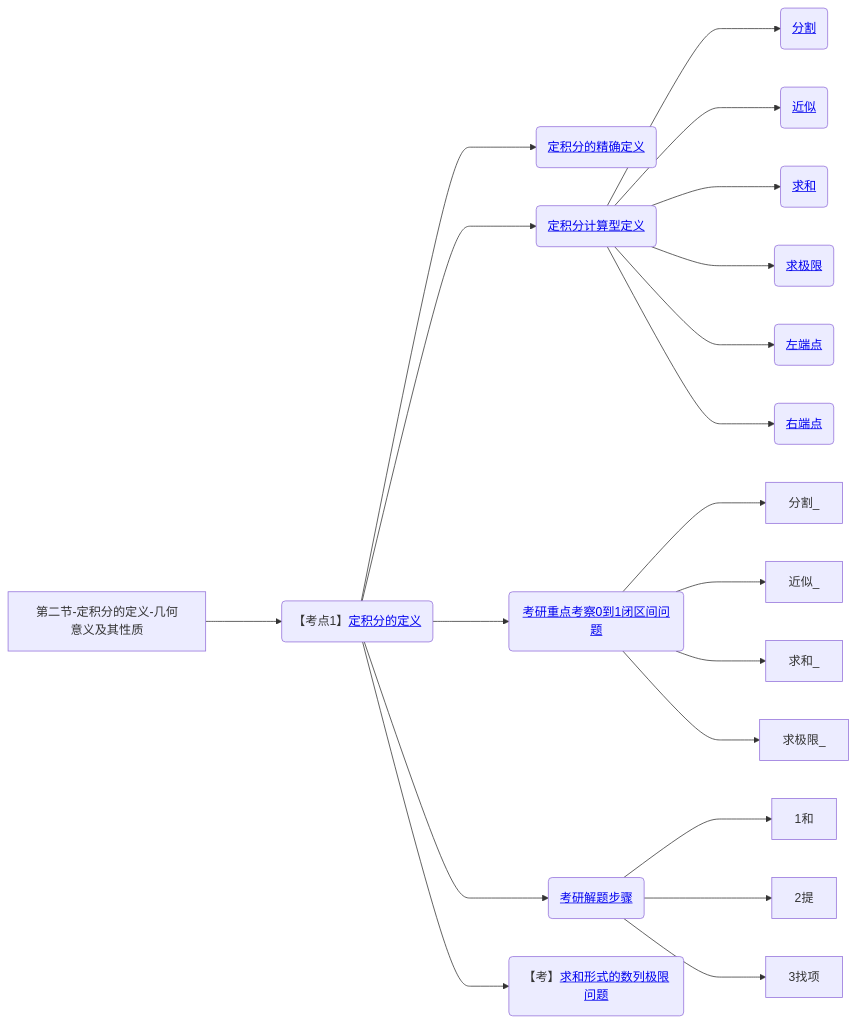
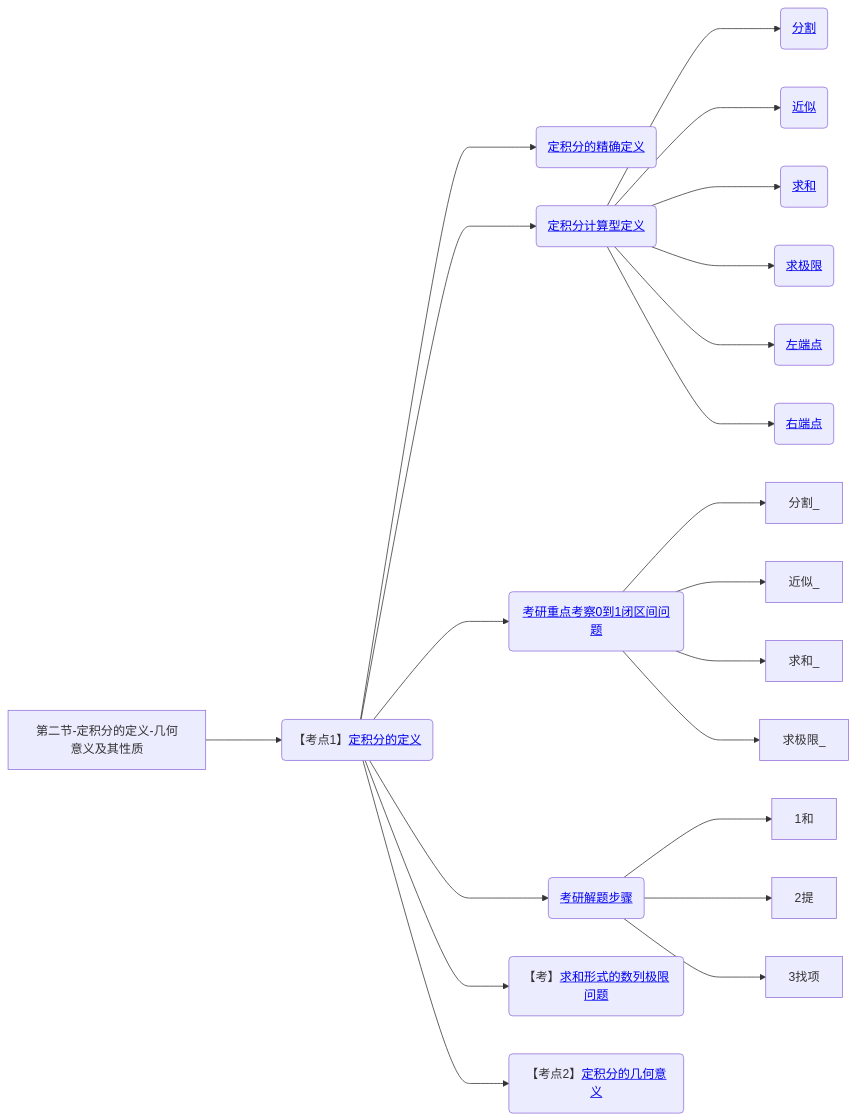
Before and after one commit to yuebinghui/note: diagram 19 of 19 in 笔记/数学/周洋鑫/01.基础班思维导图.md, drawn with Mermaid. The commit also changed 8 other files, not shown here.

````diff
--- a/笔记/数学/周洋鑫/01.基础班思维导图.md
+++ b/笔记/数学/周洋鑫/01.基础班思维导图.md
@@ -694,31 +694,33 @@
 ```mermaid
 graph LR
 第二节-定积分的定义-几何意义及其性质
 
 第二节-定积分的定义-几何意义及其性质--->定积分的定义(【考点1】<a href="/Users/yuebinghui/Documents/program/github/note/笔记/数学/周洋鑫/基础班/21.定积分的定义_1.md#定积分的定义">定积分的定义</>)
 
 定积分的定义--->定积分的精确定义(<a href="/Users/yuebinghui/Documents/program/github/note/笔记/数学/周洋鑫/基础班/21.定积分的定义_1.md#定积分的精确定义">定积分的精确定义</>)
 定积分的精确定义
 定积分的定义--->定积分计算型定义(<a href="/Users/yuebinghui/Documents/program/github/note/笔记/数学/周洋鑫/基础班/21.定积分的定义_1.md#定积分计算型定义">定积分计算型定义</>)
 定积分计算型定义--->分割(<a href="/Users/yuebinghui/Documents/program/github/note/笔记/数学/周洋鑫/基础班/21.定积分的定义_1.md#分割">分割</>)
 定积分计算型定义--->近似(<a href="/Users/yuebinghui/Documents/program/github/note/笔记/数学/周洋鑫/基础班/21.定积分的定义_1.md#近似">近似</>)
 定积分计算型定义--->求和(<a href="/Users/yuebinghui/Documents/program/github/note/笔记/数学/周洋鑫/基础班/21.定积分的定义_1.md#求和">求和</>)
 定积分计算型定义--->求极限(<a href="/Users/yuebinghui/Documents/program/github/note/笔记/数学/周洋鑫/基础班/21.定积分的定义_1.md#求极限">求极限</>)
 定积分计算型定义--->左端点(<a href="/Users/yuebinghui/Documents/program/github/note/笔记/数学/周洋鑫/基础班/21.定积分的定义_1.md#左端点">左端点</>)
 定积分计算型定义--->右端点(<a href="/Users/yuebinghui/Documents/program/github/note/笔记/数学/周洋鑫/基础班/21.定积分的定义_1.md#右端点">右端点</>)
 
 定积分的定义--->考研重点考察0到1闭区间问题(<a href="/Users/yuebinghui/Documents/program/github/note/笔记/数学/周洋鑫/基础班/21.定积分的定义_1.md#考研重点考察0到1闭区间问题">考研重点考察0到1闭区间问题</>)
 考研重点考察0到1闭区间问题--->分割_
 考研重点考察0到1闭区间问题--->近似_
 考研重点考察0到1闭区间问题--->求和_
 考研重点考察0到1闭区间问题--->求极限_
 
 定积分的定义--->考研解题步骤(<a href="/Users/yuebinghui/Documents/program/github/note/笔记/数学/周洋鑫/基础班/21.定积分的定义_1.md#考研解题步骤">考研解题步骤</>)
 考研解题步骤--->1和
 考研解题步骤--->2提
 考研解题步骤--->3找项
 
 定积分的定义--->求和形式的数列极限问题(【考】<a href="/Users/yuebinghui/Documents/program/github/note/笔记/数学/周洋鑫/基础班/21.定积分的定义_1.md#求和形式的数列极限问题">求和形式的数列极限问题</>)
 
+定积分的定义--->定积分的几何意义(【考点2】<a href="/Users/yuebinghui/Documents/program/github/note/笔记/数学/周洋鑫/基础班/21.定积分的定义_1.md#定积分的几何意义">定积分的几何意义</>)
+
 
 ```
````
